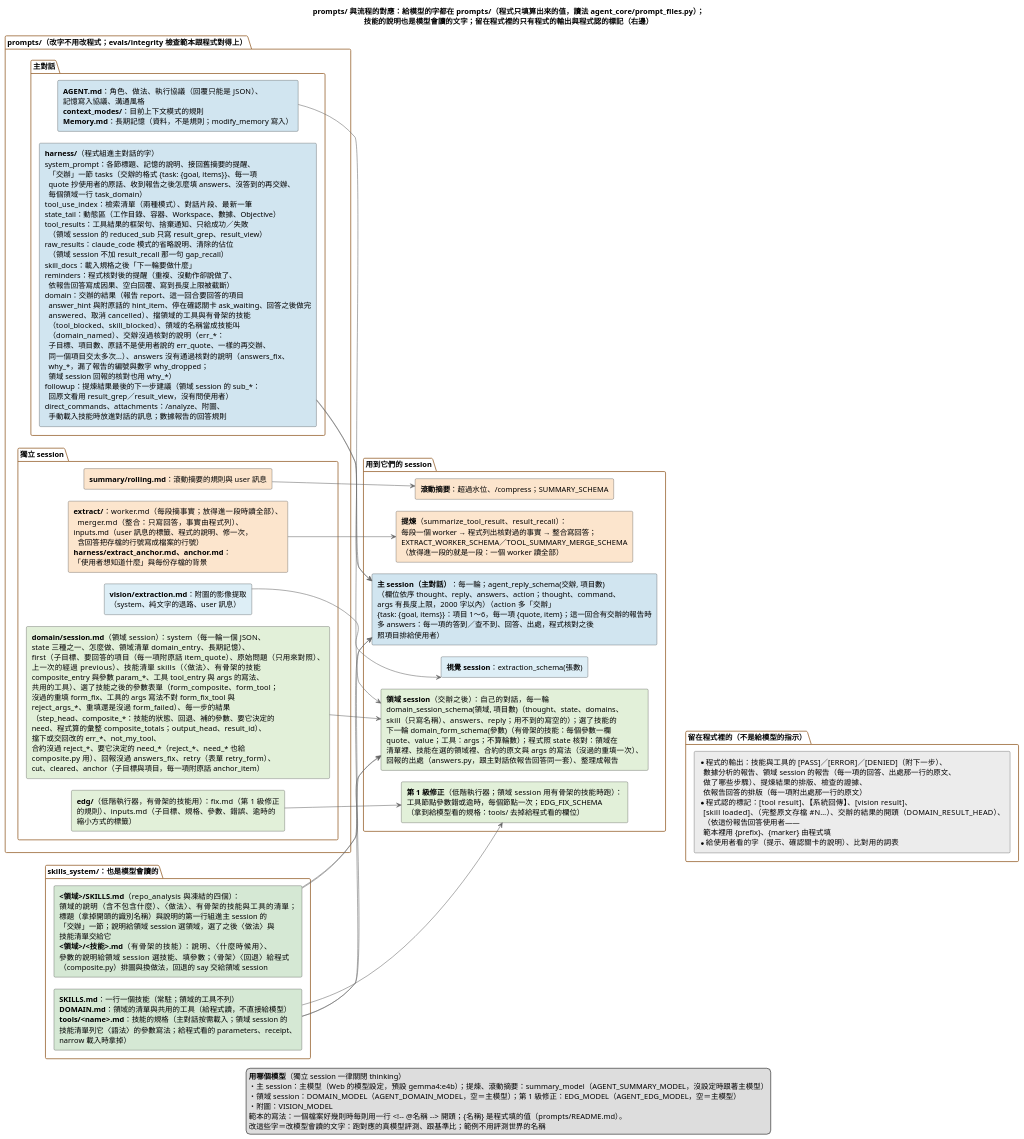
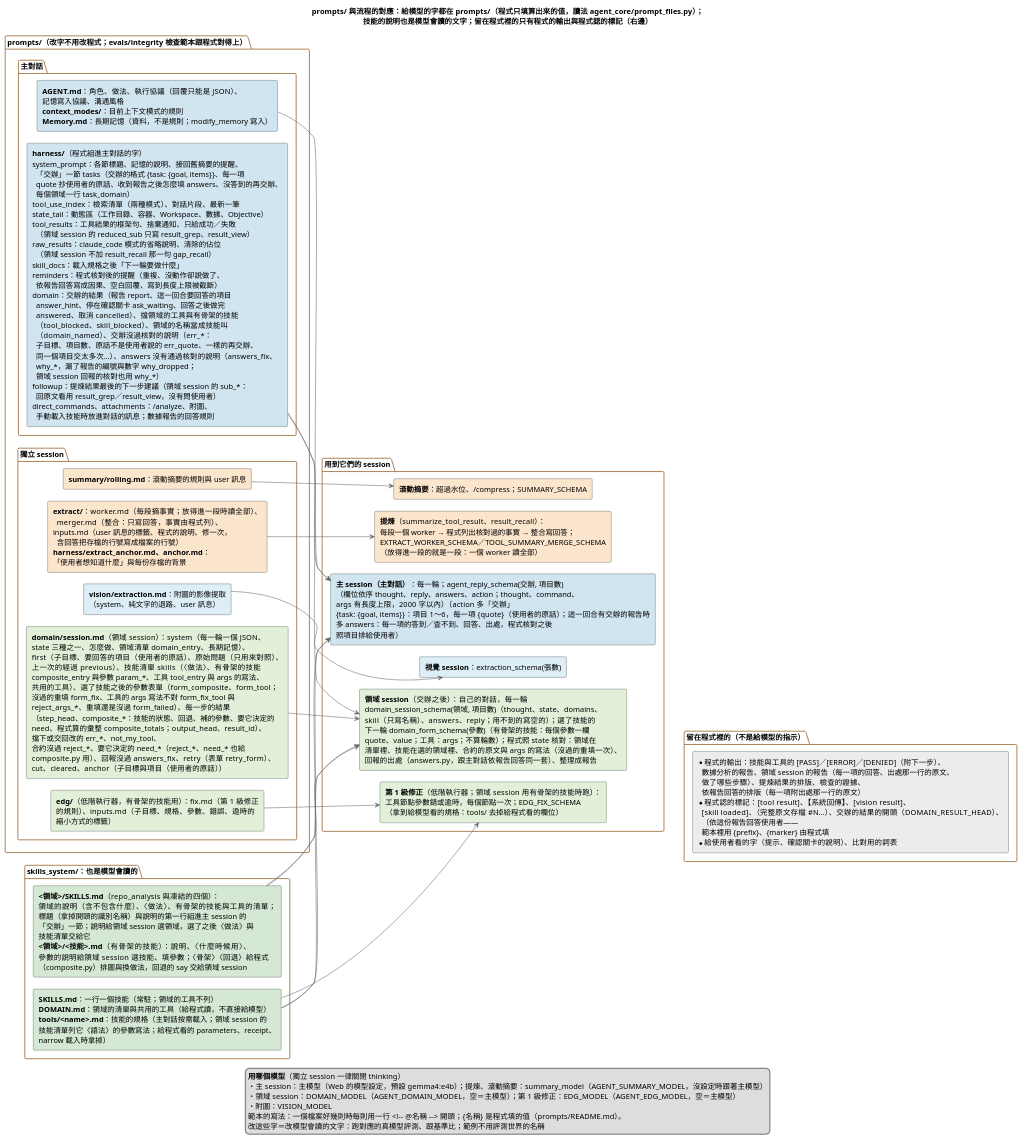
One commit to DavidZox/Coding_agnet changed the diagram in doc/diagrams/prompts與流程的對應.puml. Above: the diagram before and after it, drawn with PlantUML. The commit also changed 19 other files, not shown here.

```diff
--- a/doc/diagrams/prompts與流程的對應.puml
+++ b/doc/diagrams/prompts與流程的對應.puml
@@ -1,186 +1,186 @@
 @startuml
 ' --- 樣式精準控制 ---
 skinparam shadowing false
 skinparam defaultFontName "Microsoft JhengHei"
 skinparam RectangleWidthMax 440
 skinparam PackageBorderColor #996633
 skinparam ArrowColor #666666
 skinparam ranksep 70
 skinparam nodesep 22
 left to right direction
 
 title prompts/ 與流程的對應：給模型的字都在 prompts/（程式只填算出來的值，讀法 agent_core/prompt_files.py）；\n技能的說明也是模型會讀的文字；留在程式裡的只有程式的輸出與程式認的標記（右邊）
 
 package "prompts/（改字不用改程式；evals/integrity 檢查範本跟程式對得上）" {
   package "主對話" {
     rectangle P_AGENT #D1E5F0 [
       **AGENT.md**：角色、做法、執行協議（回覆只能是 JSON）、
       記憶寫入協議、溝通風格
       **context_modes/**：目前上下文模式的規則
       **Memory.md**：長期記憶（資料，不是規則；modify_memory 寫入）
     ]
     rectangle P_HARNESS #D1E5F0 [
       **harness/**（程式組進主對話的字）
       system_prompt：各節標題、記憶的說明、接回舊摘要的提醒、
         「交辦」一節 tasks（交辦的格式 {task: {goal, items}}、每一項
         quote 抄使用者的原話、收到報告之後怎麼填 answers、沒答到的再交辦、
         每個領域一行 task_domain）
       tool_use_index：檢索清單（兩種模式）、對話片段、最新一筆
       state_tail：動態區（工作目錄、容器、Workspace、數據、Objective）
       tool_results：工具結果的框架句、捨棄通知、只給成功／失敗
         （領域 session 的 reduced_sub 只寫 result_grep、result_view）
       raw_results：claude_code 模式的省略說明、清除的佔位
         （領域 session 不加 result_recall 那一句 gap_recall）
       skill_docs：載入規格之後「下一輪要做什麼」
       reminders：程式核對後的提醒（重複、沒動作卻說做了、
         依報告回答寫成因果、空白回覆、寫到長度上限被截斷）
       domain：交辦的結果（報告 report、這一回合要回答的項目
-        answer_hint 與附原話的 hint_item、停在確認關卡 ask_waiting、回答之後做完
+        answer_hint、停在確認關卡 ask_waiting、回答之後做完
         answered、取消 cancelled）、擋領域的工具與有骨架的技能
         （tool_blocked、skill_blocked）、領域的名稱當成技能叫
         （domain_named）、交辦沒過核對的說明（err_*：
         子目標、項目數、原話不是使用者說的 err_quote、一樣的再交辦、
         同一個項目交太多次…）、answers 沒有通過核對的說明（answers_fix、
         why_*，漏了報告的編號與數字 why_dropped；
         領域 session 回報的核對也用 why_*）
       followup：提煉結果最後的下一步建議（領域 session 的 sub_*：
         回原文看用 result_grep／result_view，沒有問使用者）
       direct_commands、attachments：/analyze、附圖、
         手動載入技能時放進對話的訊息；數據報告的回答規則
     ]
   }
   package "獨立 session" {
     rectangle P_SUMMARY #FCE5CD [
       **summary/rolling.md**：滾動摘要的規則與 user 訊息
     ]
     rectangle P_EXTRACT #FCE5CD [
       **extract/**：worker.md（每段摘事實；放得進一段時讀全部）、
         merger.md（整合：只寫回答，事實由程式列）、
       inputs.md（user 訊息的標籤、程式的說明、修一次，
         含回答把存檔的行號寫成檔案的行號）
       **harness/extract_anchor.md、anchor.md**：
       「使用者想知道什麼」與每份存檔的背景
     ]
     rectangle P_VISION #DDEEF6 [
       **vision/extraction.md**：附圖的影像提取
       （system、純文字的退路、user 訊息）
     ]
     rectangle P_EDG #E2F0D9 [
       **edg/**（低階執行器，有骨架的技能用）：fix.md（第 1 級修正
       的規則）、inputs.md（子目標、規格、參數、錯誤、逾時的
       縮小方式的標籤）
     ]
     rectangle P_DOMAIN #E2F0D9 [
       **domain/session.md**（領域 session）：system（每一輪一個 JSON、
       state 三種之一、怎麼做、領域清單 domain_entry、長期記憶）、
-      first（子目標、要回答的項目（每一項附原話 item_quote）、原始問題（只用來對照）、
+      first（子目標、要回答的項目（使用者的原話）、原始問題（只用來對照）、
       上一次的經過 previous）、技能清單 skills（〈做法〉、有骨架的技能
       composite_entry 與參數 param_*、工具 tool_entry 與 args 的寫法、
       共用的工具）、選了技能之後的參數表單（form_composite、form_tool；
       沒過的重填 form_fix、工具的 args 寫法不對 form_fix_tool 與
       reject_args_*、重填還是沒過 form_failed）、每一步的結果
       （step_head、composite_*：技能的狀態、回退、補的參數、要它決定的
       need、程式算的彙整 composite_totals；output_head、result_id）、
       擋下或交回改的 err_*、not_my_tool、
       合約沒過 reject_*、要它決定的 need_*（reject_*、need_* 也給
       composite.py 用）、回報沒過 answers_fix、retry（表單 retry_form）、
-      cut、cleared、anchor（子目標與項目，每一項附原話 anchor_item）
+      cut、cleared、anchor（子目標與項目（使用者的原話））
     ]
   }
 }
 
 package "skills_system/：也是模型會讀的" {
   rectangle K_ALL #D5E8D4 [
     **SKILLS.md**：一行一個技能（常駐；領域的工具不列）
     **DOMAIN.md**：領域的清單與共用的工具（給程式讀，不直接給模型）
     **tools/<name>.md**：技能的規格（主對話按需載入；領域 session 的
     技能清單列它〈語法〉的參數寫法；給程式看的 parameters、receipt、
     narrow 載入時拿掉）
   ]
   rectangle K_DOMAIN #D5E8D4 [
     **<領域>/SKILLS.md**（repo_analysis 與凍結的四個）：
     領域的說明（含不包含什麼）、〈做法〉、有骨架的技能與工具的清單；
     標題（拿掉開頭的識別名稱）與說明的第一行組進主 session 的
     「交辦」一節；說明給領域 session 選領域，選了之後〈做法〉與
     技能清單交給它
     **<領域>/<技能>.md**（有骨架的技能）：說明、〈什麼時候用〉、
     參數的說明給領域 session 選技能、填參數；〈骨架〉〈回退〉給程式
     （composite.py）排圖與換做法，回退的 say 交給領域 session
   ]
 }
 
 package "用到它們的 session" {
   rectangle S_MAIN #D1E5F0 [
     **主 session（主對話）**：每一輪；agent_reply_schema(交辦, 項目數)
     （欄位依序 thought、reply、answers、action；thought、command、
     args 有長度上限，2000 字以內）（action 多「交辦」
-    {task: {goal, items}}：項目 1～6，每一項 {quote, item}；這一回合有交辦的報告時
+    {task: {goal, items}}：項目 1～6，每一項 {quote}（使用者的原話）；這一回合有交辦的報告時
     多 answers：每一項的答到／查不到、回答、出處，程式核對之後
     照項目排給使用者）
   ]
   rectangle S_DOMAIN #E2F0D9 [
     **領域 session**（交辦之後）：自己的對話，每一輪
     domain_session_schema(領域, 項目數)（thought、state、domains、
     skill（只寫名稱）、answers、reply；用不到的寫空的）；選了技能的
     下一輪 domain_form_schema(參數)（有骨架的技能：每個參數一欄
     quote、value；工具：args；不算輪數）；程式照 state 核對：領域在
     清單裡、技能在選的領域裡、合約的原文與 args 的寫法（沒過的重填一次）、
     回報的出處（answers.py，跟主對話依報告回答同一套）、整理成報告
   ]
   rectangle S_SUMMARY #FCE5CD [
     **滾動摘要**：超過水位、/compress；SUMMARY_SCHEMA
   ]
   rectangle S_EXTRACT #FCE5CD [
     **提煉**（summarize_tool_result、result_recall）：
     每段一個 worker → 程式列出核對過的事實 → 整合寫回答；
     EXTRACT_WORKER_SCHEMA／TOOL_SUMMARY_MERGE_SCHEMA
     （放得進一段的就是一段：一個 worker 讀全部）
   ]
   rectangle S_VISION #DDEEF6 [
     **視覺 session**：extraction_schema(張數)
   ]
   rectangle S_EDG #E2F0D9 [
     **第 1 級修正**（低階執行器；領域 session 用有骨架的技能時跑）：
     工具節點參數錯或逾時，每個節點一次；EDG_FIX_SCHEMA
     （拿到給模型看的規格：tools/ 去掉給程式看的欄位）
   ]
 }
 
 package "留在程式裡的（不是給模型的指示）" {
   rectangle C_LIST #ECECEC [
     * 程式的輸出：技能與工具的 [PASS]／[ERROR]／[DENIED]（附下一步）、
       數據分析的報告、領域 session 的報告（每一項的回答、出處那一行的原文、
       做了哪些步驟）、提煉結果的排版、檢查的證據、
       依報告回答的排版（每一項附出處那一行的原文）
     * 程式認的標記：[tool result]、【系統回傳】、[vision result]、
       [skill loaded]、（完整原文存檔 #N…）、交辦的結果的開頭（DOMAIN_RESULT_HEAD）、
       （依這份報告回答使用者——
       範本裡用 {prefix}、{marker} 由程式填
     * 給使用者看的字（提示、確認關卡的說明）、比對用的詞表
   ]
 }
 
 P_AGENT --> S_MAIN
 P_HARNESS --> S_MAIN
 K_ALL --> S_MAIN
 P_SUMMARY --> S_SUMMARY
 P_EXTRACT --> S_EXTRACT
 P_VISION --> S_VISION
 P_EDG --> S_EDG
 K_ALL --> S_EDG
 P_DOMAIN --> S_DOMAIN
 P_HARNESS --> S_DOMAIN
 K_DOMAIN --> S_DOMAIN
 K_ALL --> S_DOMAIN
 K_DOMAIN --> S_MAIN
 S_EDG -[hidden]-> C_LIST
 
 legend bottom
   **用哪個模型**（獨立 session 一律關閉 thinking）
   ・主 session：主模型（Web 的模型設定，預設 gemma4:e4b）；提煉、滾動摘要：summary_model（AGENT_SUMMARY_MODEL，沒設定時跟著主模型）
   ・領域 session：DOMAIN_MODEL（AGENT_DOMAIN_MODEL，空＝主模型）；第 1 級修正：EDG_MODEL（AGENT_EDG_MODEL，空＝主模型）
   ・附圖：VISION_MODEL
   範本的寫法：一個檔案好幾則時每則用一行 <!~-- @名稱 ~--> 開頭；{名稱} 是程式填的值（prompts/README.md）。
   改這些字＝改模型會讀的文字：跑對應的真模型評測、跟基準比；範例不用評測世界的名稱
 endlegend
 @enduml
```
